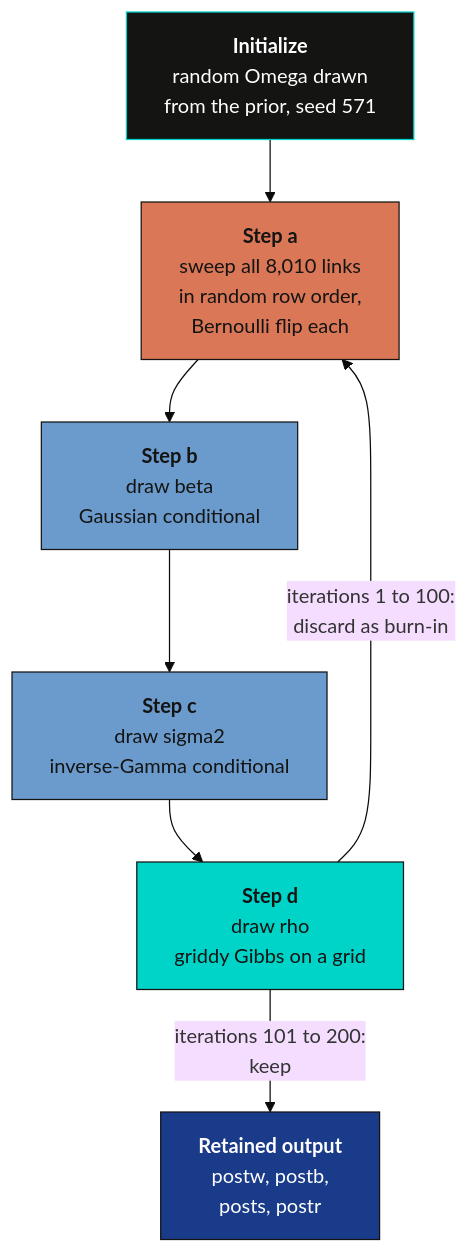
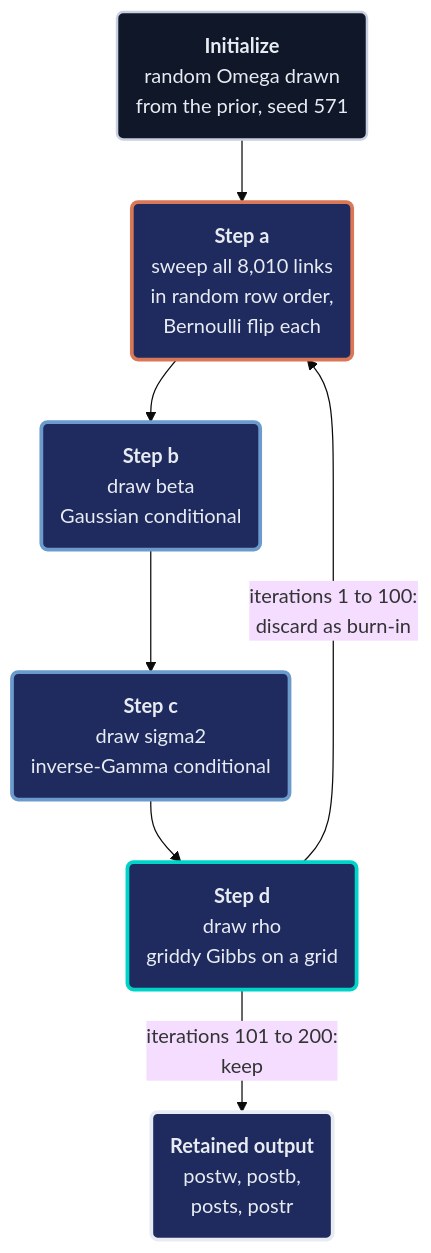
Before and after one commit to cmg777/starter-academic-v501: the third of 4 diagrams in content/post/r_estimateW/index.md, drawn with Mermaid (base theme). The commit also changed other lines of this file and 2 other files, not shown here.

First line of the commit message:
content(mermaid): restyle flowcharts in stata_rct, python_dowhy, r_estimateW (pilot)

````diff
--- a/content/post/r_estimateW/index.md
+++ b/content/post/r_estimateW/index.md
@@ -561,16 +566,19 @@
 ```mermaid
 graph TD
-    S["<b>Initialize</b><br/>random Omega drawn<br/>from the prior, seed 571"] --> A["<b>Step a</b><br/>sweep all 8,010 links<br/>in random row order,<br/>Bernoulli flip each"]
-    A --> B["<b>Step b</b><br/>draw beta<br/>Gaussian conditional"]
-    B --> C["<b>Step c</b><br/>draw sigma2<br/>inverse-Gamma conditional"]
-    C --> D["<b>Step d</b><br/>draw rho<br/>griddy Gibbs on a grid"]
+    S("<b>Initialize</b><br/>random Omega drawn<br/>from the prior, seed 571") --> A("<b>Step a</b><br/>sweep all 8,010 links<br/>in random row order,<br/>Bernoulli flip each")
+    A --> B("<b>Step b</b><br/>draw beta<br/>Gaussian conditional")
+    B --> C("<b>Step c</b><br/>draw sigma2<br/>inverse-Gamma conditional")
+    C --> D("<b>Step d</b><br/>draw rho<br/>griddy Gibbs on a grid")
     D -->|"iterations 1 to 100:<br/>discard as burn-in"| A
-    D -->|"iterations 101 to 200:<br/>keep"| K["<b>Retained output</b><br/>postw, postb,<br/>posts, postr"]
-
-    style S fill:#141413,stroke:#00d4c8,color:#fff
-    style A fill:#d97757,stroke:#141413,color:#141413
-    style B fill:#6a9bcc,stroke:#141413,color:#141413
-    style C fill:#6a9bcc,stroke:#141413,color:#141413
-    style D fill:#00d4c8,stroke:#141413,color:#141413
-    style K fill:#1a3a8a,stroke:#141413,color:#fff
+    D -->|"iterations 101 to 200:<br/>keep"| K("<b>Retained output</b><br/>postw, postb,<br/>posts, postr")
+    classDef anchor fill:#0f1729,stroke:#c8d0e0,stroke-width:2px,color:#e8ecf2
+    classDef orange fill:#1f2b5e,stroke:#d97757,stroke-width:3px,color:#e8ecf2
+    classDef blue fill:#1f2b5e,stroke:#6a9bcc,stroke-width:3px,color:#e8ecf2
+    classDef teal fill:#1f2b5e,stroke:#00d4c8,stroke-width:3px,color:#e8ecf2
+    classDef key fill:#1f2b5e,stroke:#e8ecf2,stroke-width:3px,color:#e8ecf2
+    class S anchor
+    class A orange
+    class B,C blue
+    class D teal
+    class K key
 ```
````
